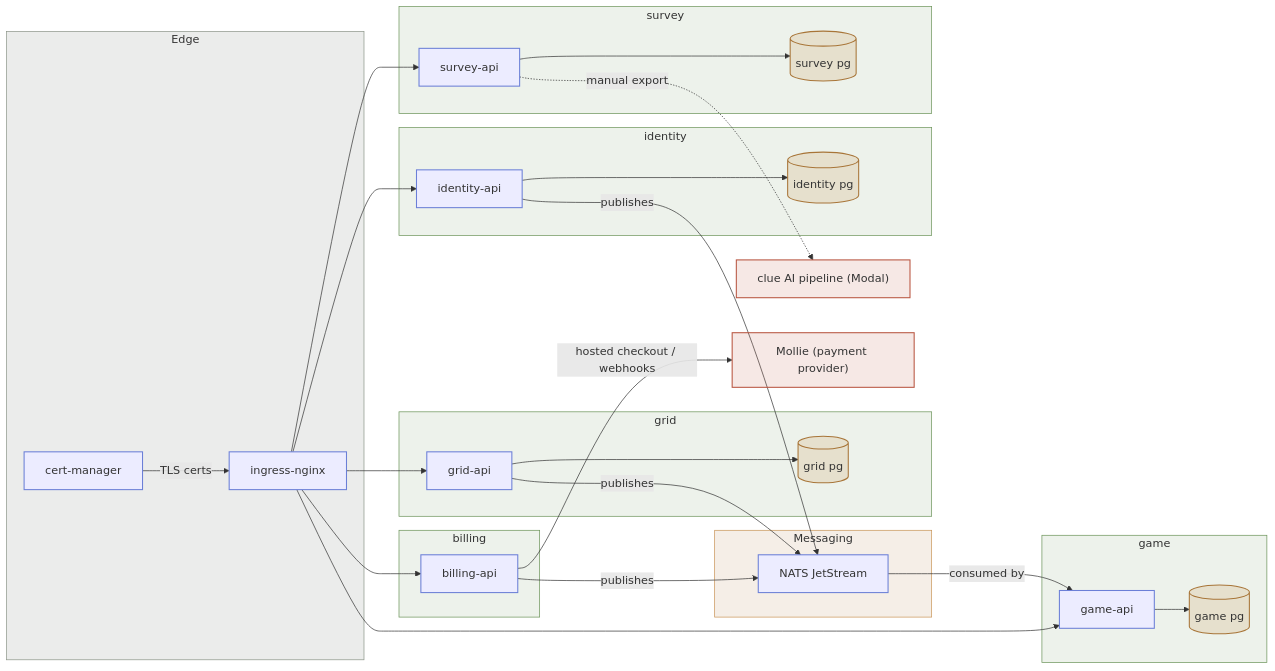
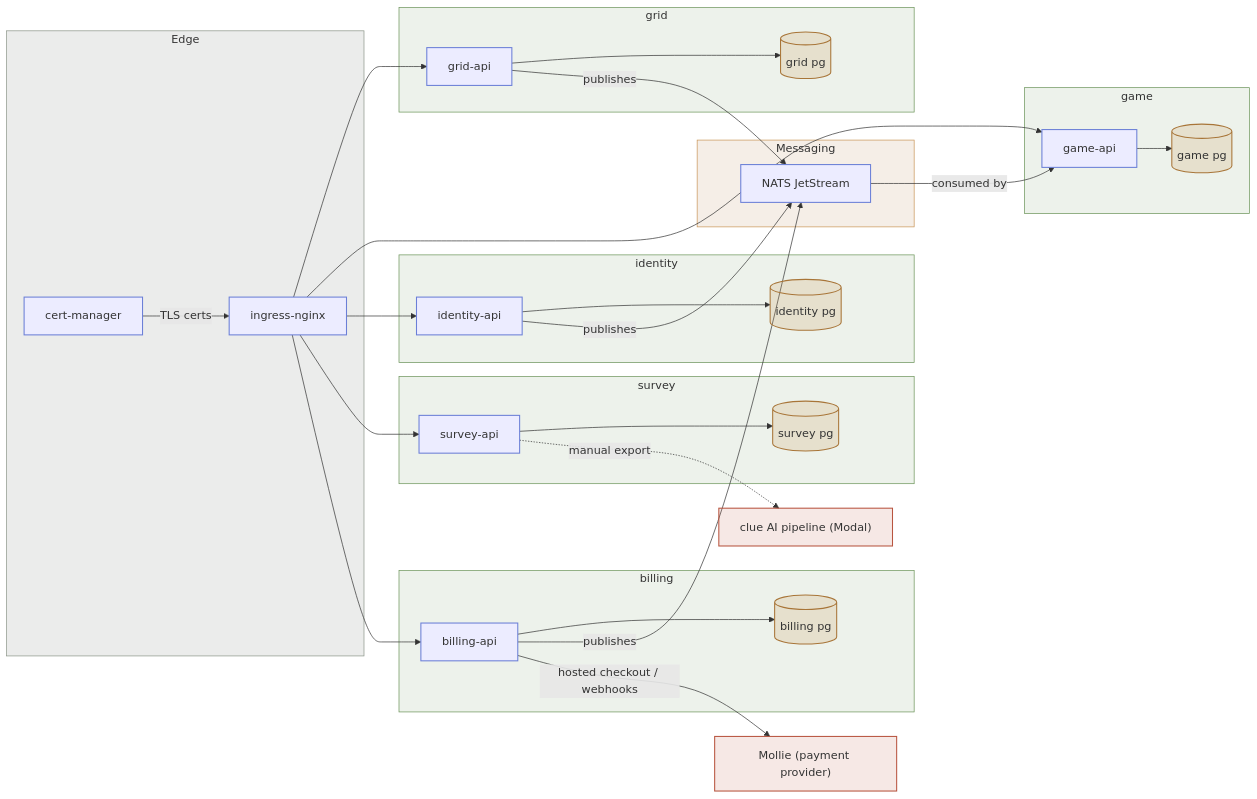
Before and after one commit to Ishou/wordsparrow: the first of 5 diagrams in README.md, drawn with Mermaid. The commit also changed 7 other files, not shown here.

First line of the commit message:
chore(infra): billing cnpg db-chart + deploy/lint wiring

````diff
--- a/README.md
+++ b/README.md
@@ -63,59 +63,61 @@
 ```mermaid
 flowchart LR
   subgraph Edge
     ingress["ingress-nginx"]
     certmanager["cert-manager"]
   end
   subgraph Messaging
     nats["NATS JetStream"]
   end
   subgraph ctx_grid["grid"]
     grid["grid-api"]
     gridDB[("grid pg")]
     grid --> gridDB
   end
   subgraph ctx_game["game"]
     game["game-api"]
     gameDB[("game pg")]
     game --> gameDB
   end
   subgraph ctx_identity["identity"]
     identity["identity-api"]
     identityDB[("identity pg")]
     identity --> identityDB
   end
   subgraph ctx_survey["survey"]
     survey["survey-api"]
     surveyDB[("survey pg")]
     survey --> surveyDB
   end
   subgraph ctx_billing["billing"]
     billing["billing-api"]
+    billingDB[("billing pg")]
+    billing --> billingDB
   end
   cluepipeline["clue AI pipeline (Modal)"]
   mollie["Mollie (payment provider)"]
   certmanager -->|TLS certs| ingress
   ingress --> grid
   ingress --> game
   ingress --> identity
   ingress --> survey
   ingress --> billing
   grid -->|publishes| nats
   identity -->|publishes| nats
   billing -->|publishes| nats
   nats -->|consumed by| game
   survey -. manual export .-> cluepipeline
   billing -->|hosted checkout / webhooks| mollie
   classDef data fill:#c8945633,stroke:#a87538;
   classDef external fill:#b8554022,stroke:#b85540;
-  class gridDB,gameDB,identityDB,surveyDB data;
+  class gridDB,gameDB,identityDB,surveyDB,billingDB data;
   class cluepipeline,mollie external;
   style Edge fill:#5a655a1f,stroke:#8b9488;
   style Messaging fill:#a875381f,stroke:#c89456;
   style ctx_grid fill:#6a93581f,stroke:#6a9358;
   style ctx_game fill:#6a93581f,stroke:#6a9358;
   style ctx_identity fill:#6a93581f,stroke:#6a9358;
   style ctx_survey fill:#6a93581f,stroke:#6a9358;
   style ctx_billing fill:#6a93581f,stroke:#6a9358;
   classDef default stroke:#6b7fd7,stroke-width:1.5px;
 ```
````
